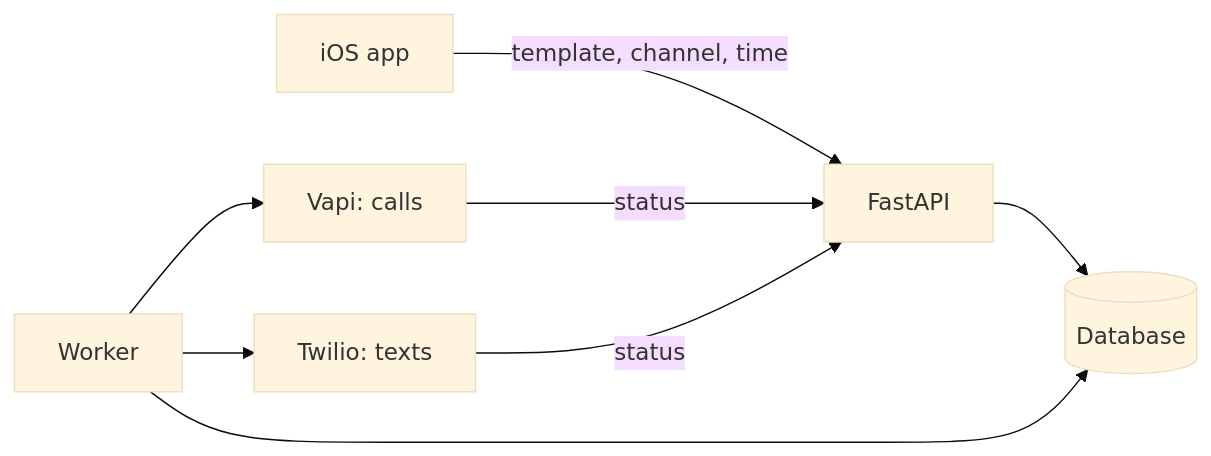
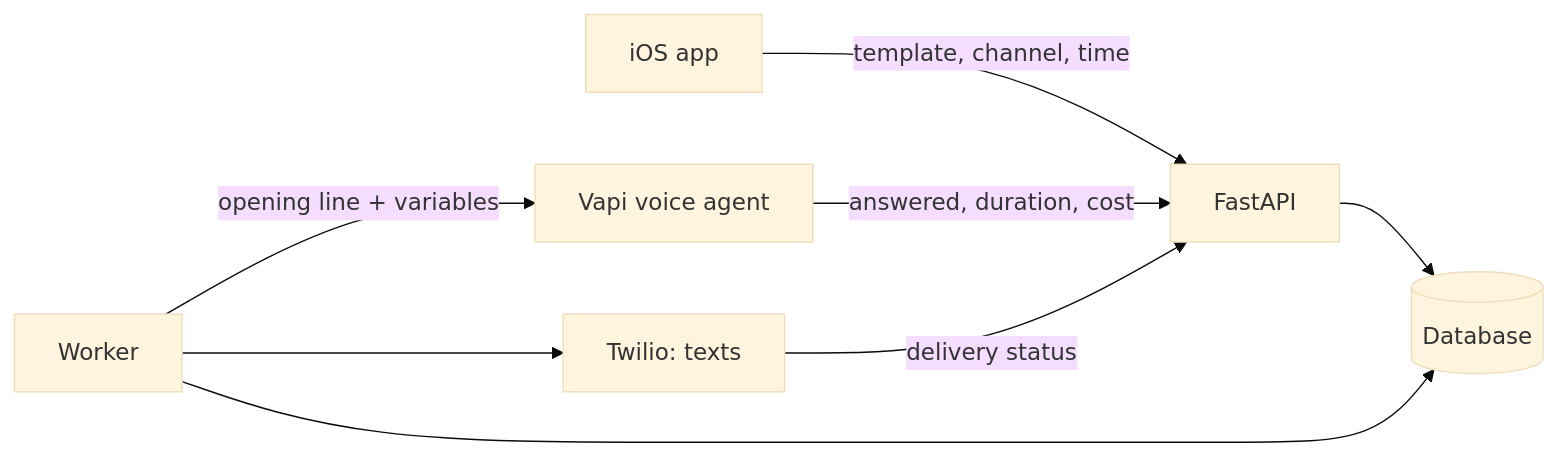
Before and after one commit to loukra/AlibiMe: the diagram in README.md, drawn with Mermaid (base theme). The commit also changed other lines of this file, not shown here.

First line of the commit message:
README: lead with the AI voice agent integration

````diff
--- a/README.md
+++ b/README.md
@@ -42,10 +50,10 @@
 ```mermaid
 flowchart LR
     App[iOS app] -->|template, channel, time| API[FastAPI]
     API --> DB[(Database)]
     Worker --> DB
-    Worker --> Vapi[Vapi: calls]
+    Worker -->|opening line + variables| Vapi[Vapi voice agent]
     Worker --> Twilio[Twilio: texts]
-    Vapi -->|status| API
-    Twilio -->|status| API
+    Vapi -->|answered, duration, cost| API
+    Twilio -->|delivery status| API
 ```
````
